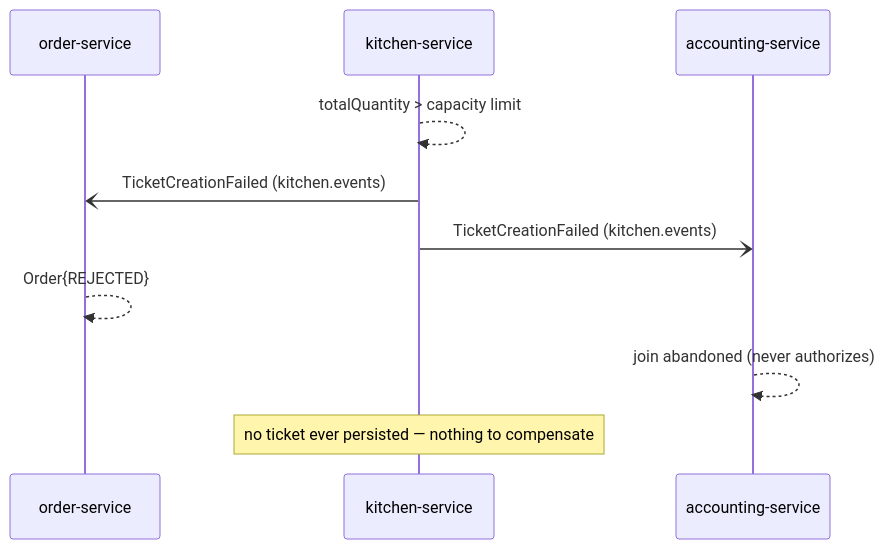
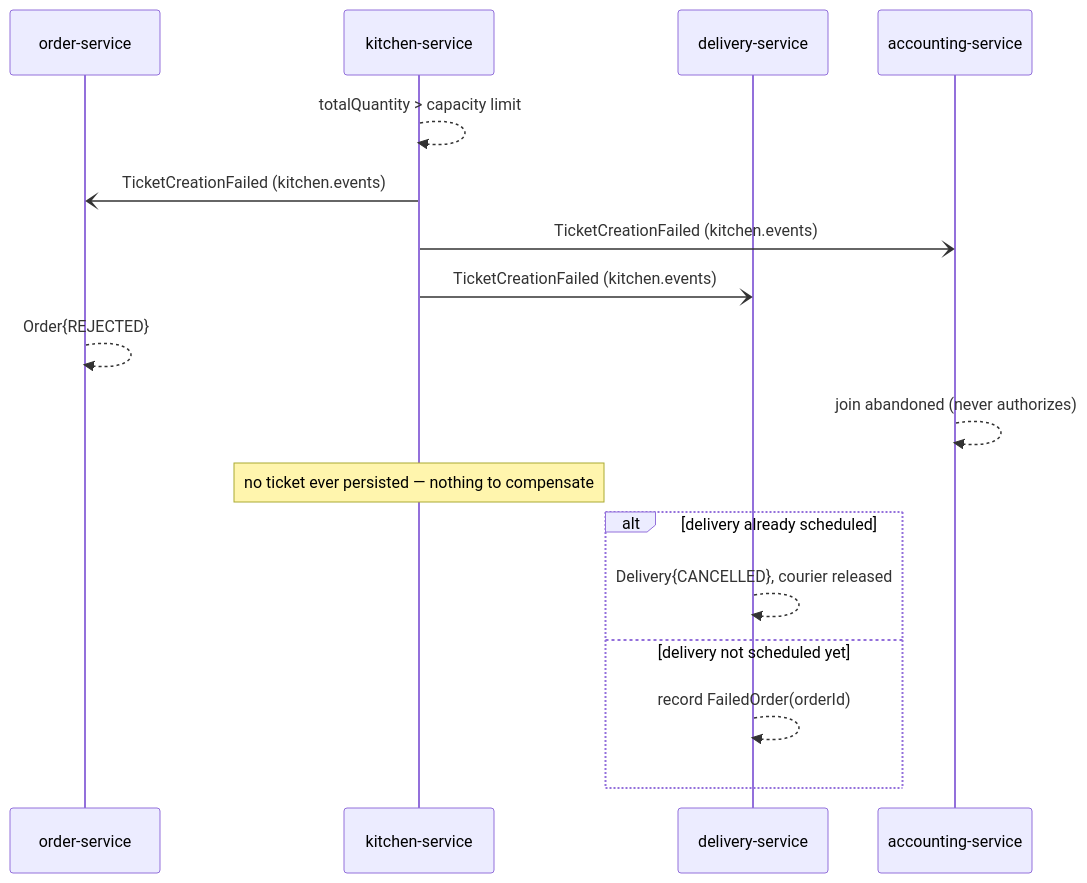
The third of 22 diagrams in docs/ARCHITECTURE.md (sanjaykpradhan10/my-food-to-go-app), drawn with Mermaid before and after one commit. The commit also changed other lines of this file and 5 other files, not shown here.

````diff
--- a/docs/ARCHITECTURE.md
+++ b/docs/ARCHITECTURE.md
@@ -130,13 +145,20 @@
 ```mermaid
 sequenceDiagram
     participant O as order-service
     participant K as kitchen-service
+    participant D as delivery-service
     participant A as accounting-service
 
     K-->>K: totalQuantity > capacity limit
     K-)O: TicketCreationFailed (kitchen.events)
     K-)A: TicketCreationFailed (kitchen.events)
+    K-)D: TicketCreationFailed (kitchen.events)
     O-->>O: Order{REJECTED}
     A-->>A: join abandoned (never authorizes)
     Note over K: no ticket ever persisted — nothing to compensate
+    alt delivery already scheduled
+        D-->>D: Delivery{CANCELLED}, courier released
+    else delivery not scheduled yet
+        D-->>D: record FailedOrder(orderId)
+    end
 ```
````
